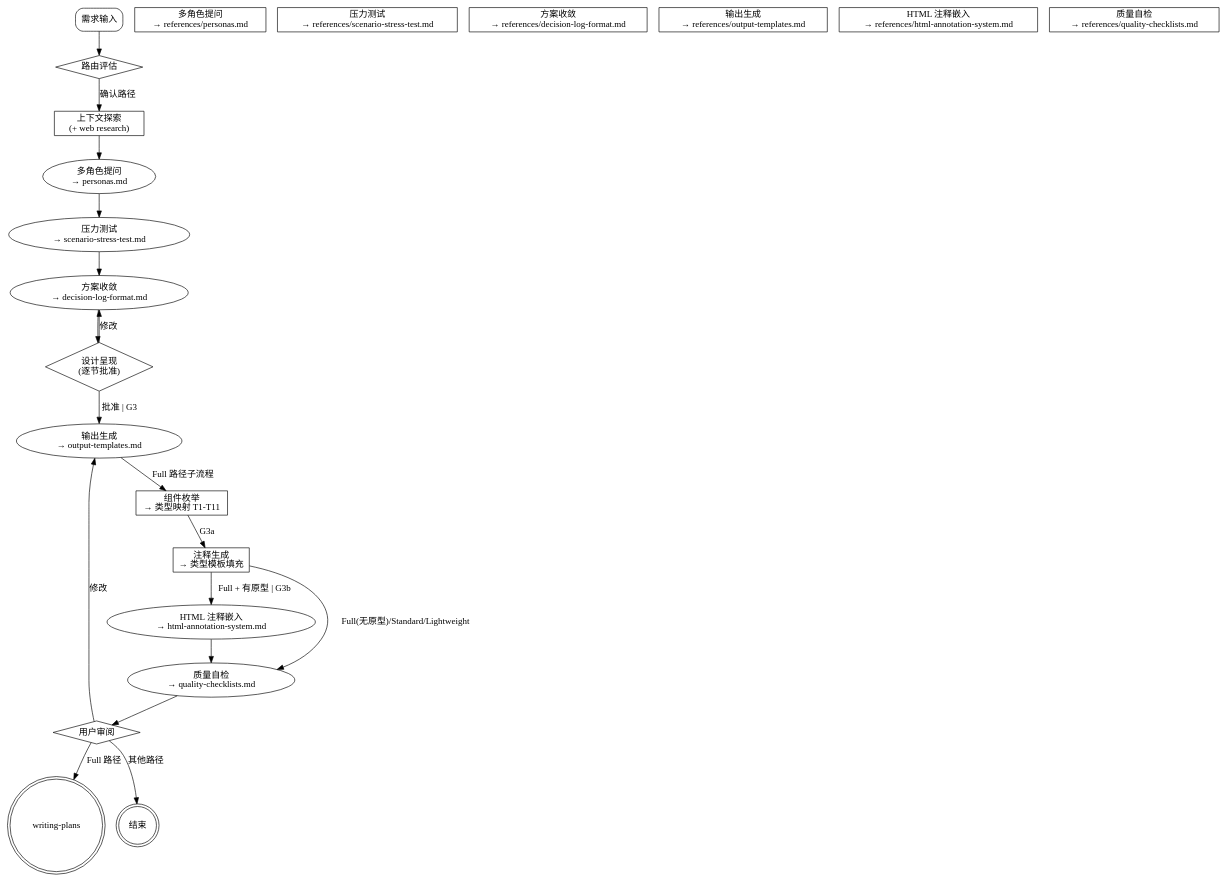
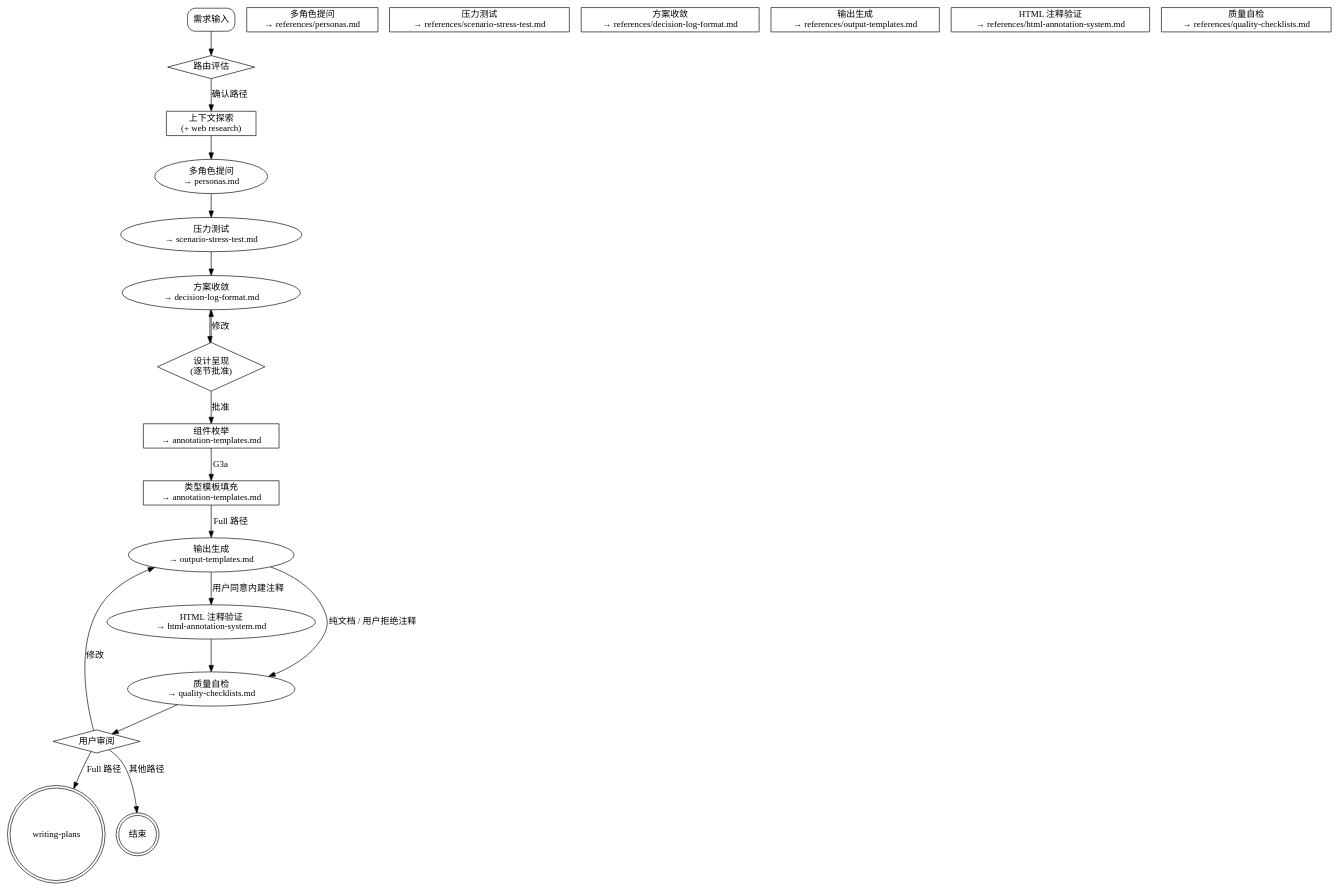
The diagram in SKILL.md (SWUNwy/spec-analyze), drawn with Graphviz before and after one commit. The commit also changed other lines of this file and 4 other files, not shown here.

First line of the commit message:
feat: enforce annotation output decision flow with route transparency and scope monitoring

````diff
--- a/SKILL.md
+++ b/SKILL.md
@@ -136,39 +173,39 @@
 ```dot
 digraph spec_analyze_flow {
     rankdir=TB;
 
     "需求输入" [shape=box style=rounded];
     "路由评估" [shape=diamond];
     "上下文探索\n(+ web research)" [shape=box];
     "多角色提问\n→ references/personas.md" [shape=box];
     "压力测试\n→ references/scenario-stress-test.md" [shape=box];
     "方案收敛\n→ references/decision-log-format.md" [shape=box];
     "设计呈现\n(逐节批准)" [shape=diamond];
+    "组件枚举\n→ annotation-templates.md" [shape=box];
+    "类型模板填充\n→ annotation-templates.md" [shape=box];
     "输出生成\n→ references/output-templates.md" [shape=box];
-    "组件枚举\n→ 类型映射 T1-T11" [shape=box];
-    "注释生成\n→ 类型模板填充" [shape=box];
-    "HTML 注释嵌入\n→ references/html-annotation-system.md" [shape=box];
+    "HTML 注释验证\n→ references/html-annotation-system.md" [shape=box];
     "质量自检\n→ references/quality-checklists.md" [shape=box];
     "用户审阅" [shape=diamond];
     "writing-plans" [shape=doublecircle];
     "结束" [shape=doublecircle];
 
     "需求输入" -> "路由评估";
     "路由评估" -> "上下文探索\n(+ web research)" [label="确认路径"];
     "上下文探索\n(+ web research)" -> "多角色提问\n→ personas.md";
     "多角色提问\n→ personas.md" -> "压力测试\n→ scenario-stress-test.md";
     "压力测试\n→ scenario-stress-test.md" -> "方案收敛\n→ decision-log-format.md";
     "方案收敛\n→ decision-log-format.md" -> "设计呈现\n(逐节批准)";
     "设计呈现\n(逐节批准)" -> "方案收敛\n→ decision-log-format.md" [label="修改"];
-    "设计呈现\n(逐节批准)" -> "输出生成\n→ output-templates.md" [label="批准 | G3"];
-    "输出生成\n→ output-templates.md" -> "组件枚举\n→ 类型映射 T1-T11" [label="Full 路径子流程"];
-    "组件枚举\n→ 类型映射 T1-T11" -> "注释生成\n→ 类型模板填充" [label="G3a"];
-    "注释生成\n→ 类型模板填充" -> "HTML 注释嵌入\n→ html-annotation-system.md" [label="Full + 有原型 | G3b"];
-    "注释生成\n→ 类型模板填充" -> "质量自检\n→ quality-checklists.md" [label="Full(无原型)/Standard/Lightweight"];
-    "HTML 注释嵌入\n→ html-annotation-system.md" -> "质量自检\n→ quality-checklists.md";
+    "设计呈现\n(逐节批准)" -> "组件枚举\n→ annotation-templates.md" [label="批准"];
+    "组件枚举\n→ annotation-templates.md" -> "类型模板填充\n→ annotation-templates.md" [label="G3a"];
+    "类型模板填充\n→ annotation-templates.md" -> "输出生成\n→ output-templates.md" [label="Full 路径"];
+    "输出生成\n→ output-templates.md" -> "HTML 注释验证\n→ html-annotation-system.md" [label="用户同意内建注释"];
+    "输出生成\n→ output-templates.md" -> "质量自检\n→ quality-checklists.md" [label="纯文档 / 用户拒绝注释"];
+    "HTML 注释验证\n→ html-annotation-system.md" -> "质量自检\n→ quality-checklists.md";
     "质量自检\n→ quality-checklists.md" -> "用户审阅";
     "用户审阅" -> "输出生成\n→ output-templates.md" [label="修改"];
     "用户审阅" -> "writing-plans" [label="Full 路径"];
     "用户审阅" -> "结束" [label="其他路径"];
 }
 ```
````
